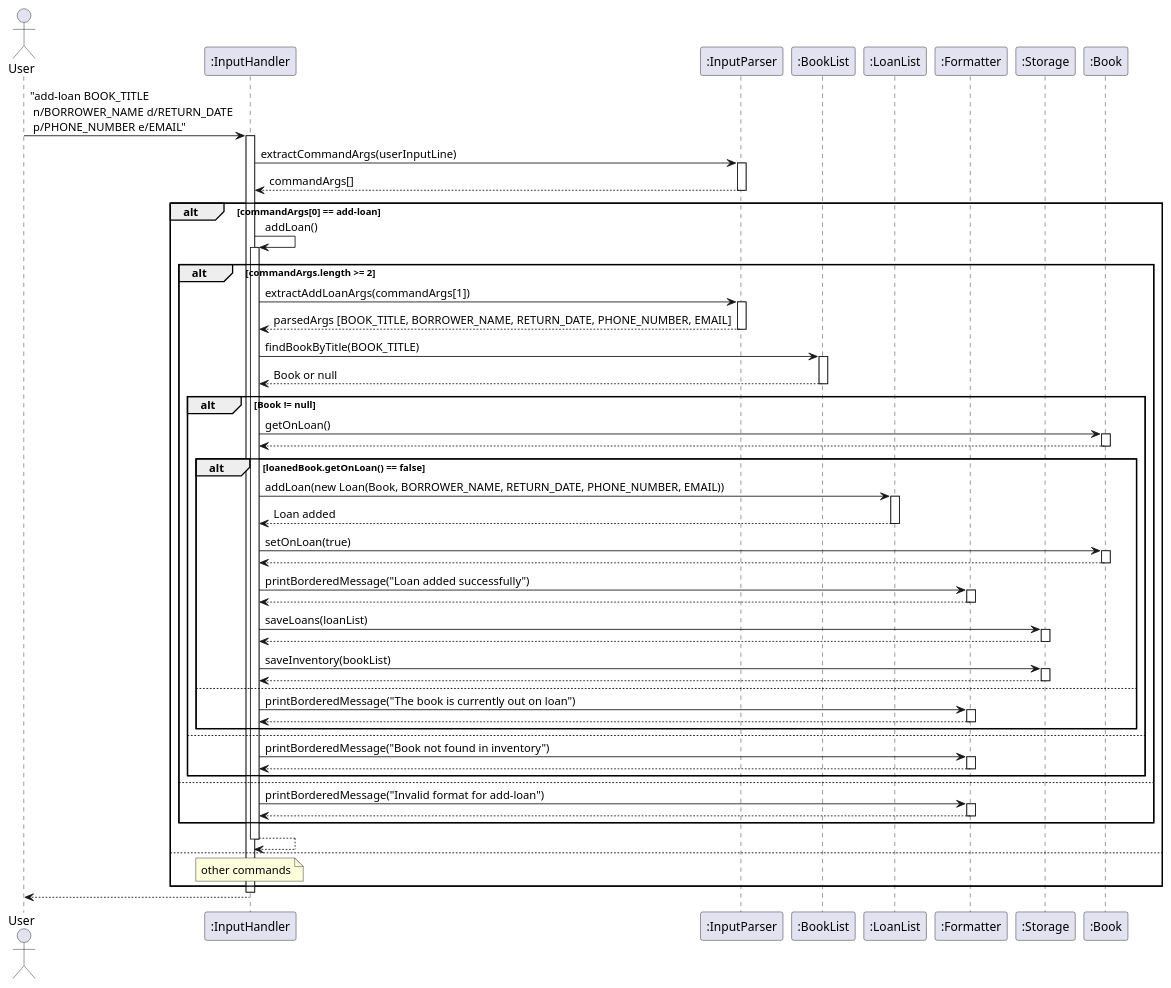
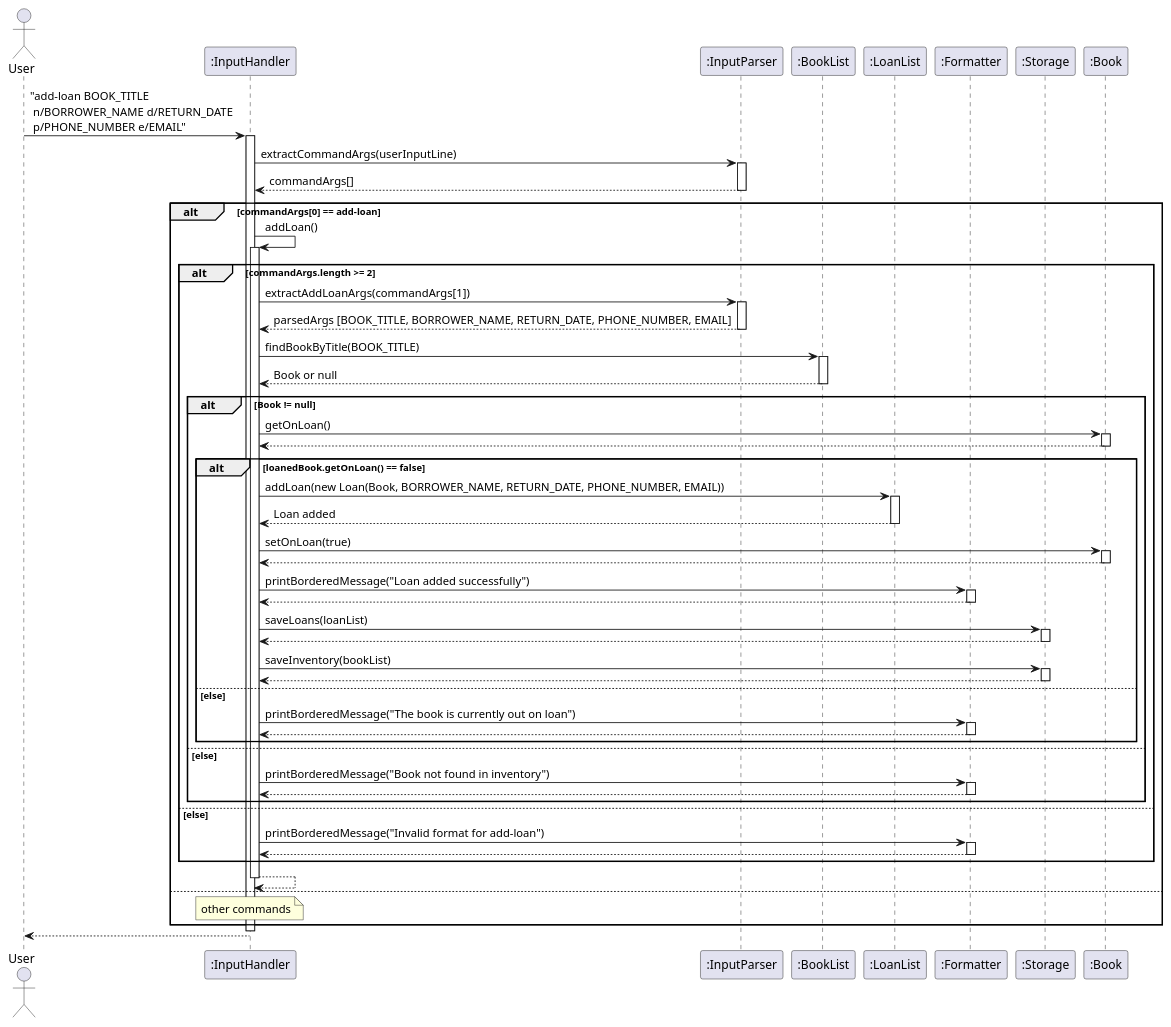
The diagram in docs/diagrams/addLoan.puml (AY2425S2-CS2113-T12-2/tp), drawn with PlantUML before and after one commit. The commit also changed 3 other files, not shown here.

```diff
--- a/docs/diagrams/addLoan.puml
+++ b/docs/diagrams/addLoan.puml
@@ -1,105 +1,105 @@
 @startuml
 actor User
 participant InputHandler as ":InputHandler"
 participant InputParser as ":InputParser"
 participant BookList as ":BookList"
 participant LoanList as ":LoanList"
 participant Formatter as ":Formatter"
 participant Storage as ":Storage"
 participant Book as ":Book"
 
 User -> InputHandler: "add-loan BOOK_TITLE \n n/BORROWER_NAME d/RETURN_DATE \n p/PHONE_NUMBER e/EMAIL"
 activate InputHandler
 
 InputHandler -> InputParser: extractCommandArgs(userInputLine)
 activate InputParser
 
 InputParser --> InputHandler: commandArgs[]
 deactivate InputParser
 
 alt commandArgs[0] == add-loan
     InputHandler -> InputHandler : addLoan()
     activate InputHandler
 
 alt commandArgs.length >= 2
     InputHandler -> InputParser: extractAddLoanArgs(commandArgs[1])
     activate InputParser
 
     InputParser --> InputHandler: parsedArgs [BOOK_TITLE, BORROWER_NAME, RETURN_DATE, PHONE_NUMBER, EMAIL]
     deactivate InputParser
 
     InputHandler -> BookList: findBookByTitle(BOOK_TITLE)
     activate BookList
 
     BookList --> InputHandler: Book or null
     deactivate BookList
 
     alt Book != null
         InputHandler -> Book: getOnLoan()
         activate Book
 
         Book --> InputHandler
         deactivate Book
 
         alt loanedBook.getOnLoan() == false
             InputHandler -> LoanList: addLoan(new Loan(Book, BORROWER_NAME, RETURN_DATE, PHONE_NUMBER, EMAIL))
             activate LoanList
             LoanList --> InputHandler: Loan added
             deactivate LoanList
 
             InputHandler -> Book: setOnLoan(true)
             activate Book
 
             Book --> InputHandler
             deactivate Book
 
             InputHandler -> Formatter: printBorderedMessage("Loan added successfully")
             activate Formatter
 
             Formatter --> InputHandler
             deactivate Formatter
 
             InputHandler -> Storage: saveLoans(loanList)
             activate Storage
 
             Storage --> InputHandler
             deactivate Storage
 
             InputHandler -> Storage: saveInventory(bookList)
             activate Storage
 
             Storage --> InputHandler
             deactivate Storage
 
-        else
+        else else
             InputHandler -> Formatter: printBorderedMessage("The book is currently out on loan")
             activate Formatter
 
             Formatter --> InputHandler
             deactivate Formatter
         end
-    else
+    else else
         InputHandler -> Formatter: printBorderedMessage("Book not found in inventory")
         activate Formatter
 
         Formatter --> InputHandler
         deactivate Formatter
     end
 
-    else
+    else else
         InputHandler -> Formatter: printBorderedMessage("Invalid format for add-loan")
         activate Formatter
         Formatter --> InputHandler
         deactivate Formatter
     end
 
 InputHandler --> InputHandler
 deactivate InputHandler
 
 else
     note over InputHandler : other commands
 end
 
 deactivate InputHandler
 InputHandler --> User
 @enduml
```
